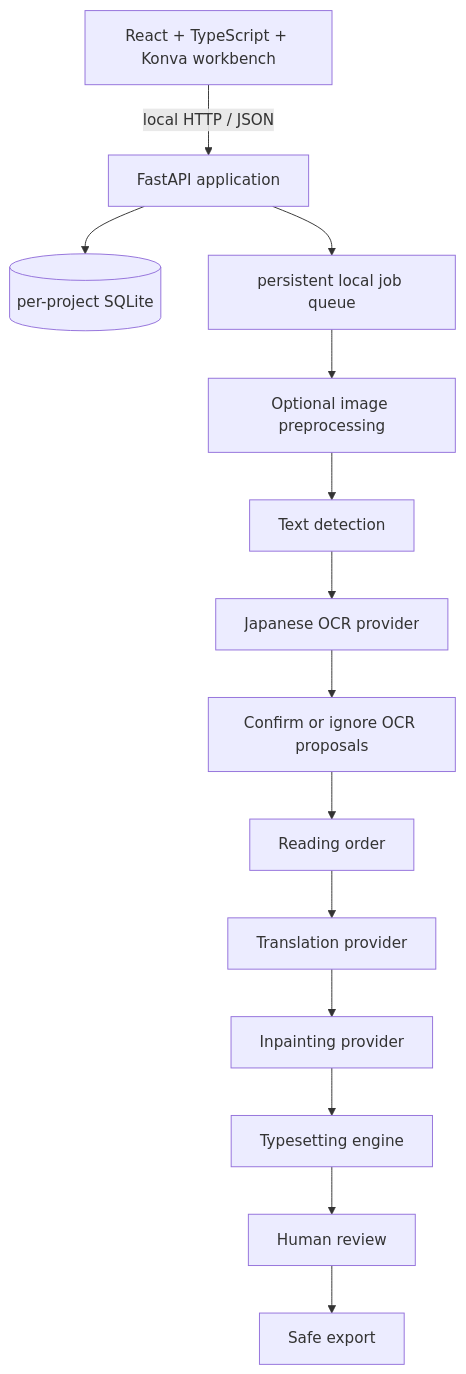
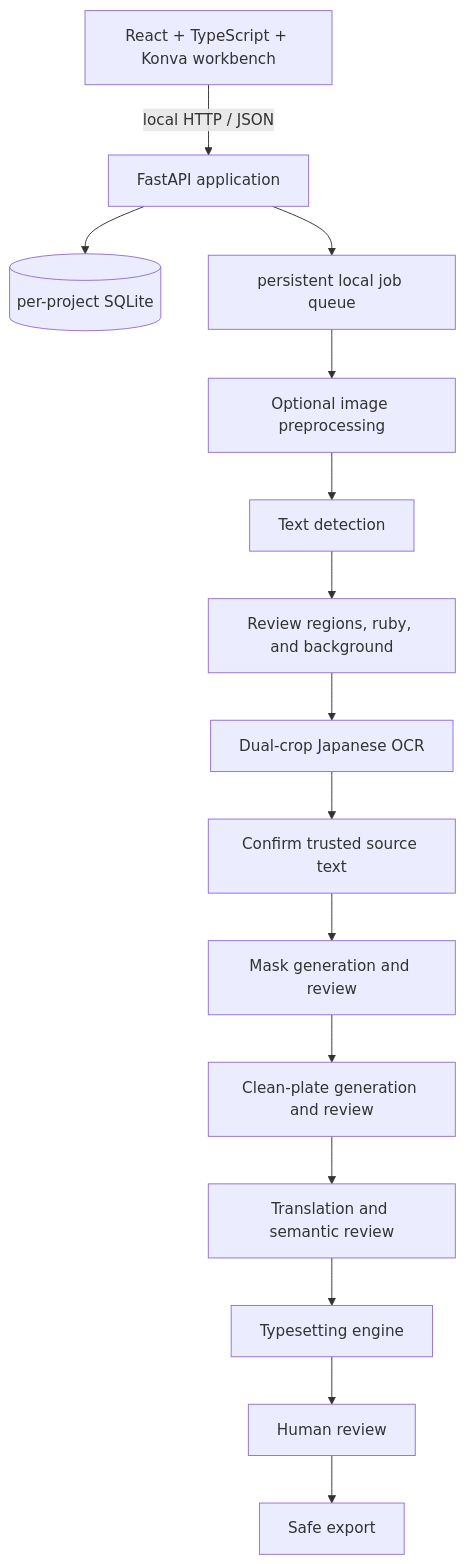
Before and after one commit to alalapi-0/manga-localizer: the diagram in README.md, drawn with Mermaid. The commit also changed other lines of this file and 90 other files, not shown here.

````diff
--- a/README.md
+++ b/README.md
@@ -60,16 +80,17 @@
 ```mermaid
 flowchart TB
   UI[React + TypeScript + Konva workbench] -->|local HTTP / JSON| API[FastAPI application]
   API --> DB[(per-project SQLite)]
   API --> Queue[persistent local job queue]
   Queue --> P[Optional image preprocessing]
   P --> D[Text detection]
-  D --> O[Japanese OCR provider]
-  O --> H[Confirm or ignore OCR proposals]
-  H --> R[Reading order]
-  R --> T[Translation provider]
-  T --> I[Inpainting provider]
-  I --> Y[Typesetting engine]
+  D --> R[Review regions, ruby, and background]
+  R --> O[Dual-crop Japanese OCR]
+  O --> H[Confirm trusted source text]
+  H --> M[Mask generation and review]
+  M --> I[Clean-plate generation and review]
+  I --> T[Translation and semantic review]
+  T --> Y[Typesetting engine]
   Y --> V[Human review]
   V --> E[Safe export]
 ```
````
